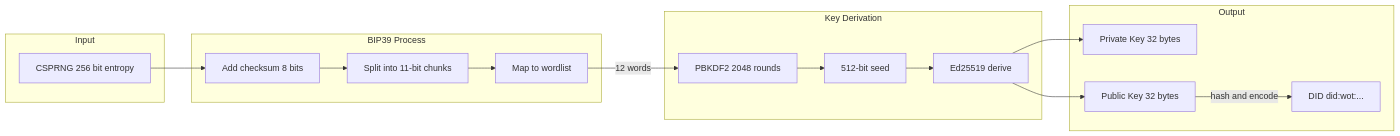
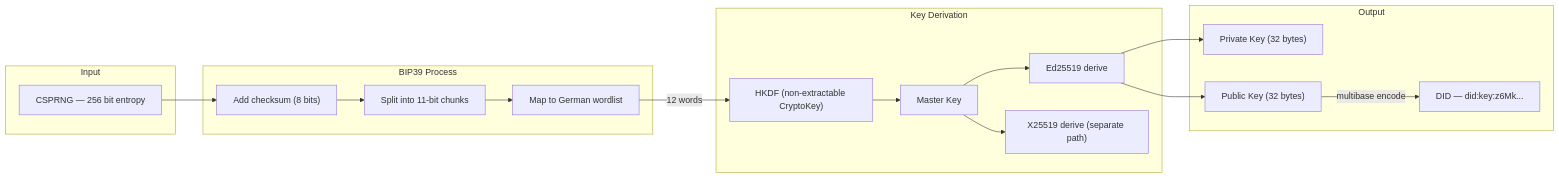
The third of 7 diagrams in docs/flows/01-onboarding-technical.md (IT4Change/web-of-trust), drawn with Mermaid before and after one commit. The commit also changed other lines of this file and 6 other files, not shown here.

````diff
--- a/docs/flows/01-onboarding-technical.md
+++ b/docs/flows/01-onboarding-technical.md
@@ -151,31 +151,33 @@
 ```mermaid
 flowchart LR
     subgraph Input
-        CSPRNG["CSPRNG 256 bit entropy"]
+        CSPRNG["CSPRNG — 256 bit entropy"]
     end
-    
+
     subgraph BIP39["BIP39 Process"]
-        Checksum["Add checksum 8 bits"]
+        Checksum["Add checksum (8 bits)"]
         Split["Split into 11-bit chunks"]
-        Words["Map to wordlist"]
+        Words["Map to German wordlist"]
     end
-    
+
     subgraph KeyDerivation["Key Derivation"]
-        PBKDF2["PBKDF2 2048 rounds"]
-        Seed["512-bit seed"]
+        HKDF["HKDF (non-extractable CryptoKey)"]
+        MasterKey["Master Key"]
         Ed25519["Ed25519 derive"]
+        X25519["X25519 derive (separate path)"]
     end
-    
+
     subgraph Output
-        PrivKey["Private Key 32 bytes"]
-        PubKey["Public Key 32 bytes"]
-        DID["DID did:wot:..."]
+        PrivKey["Private Key (32 bytes)"]
+        PubKey["Public Key (32 bytes)"]
+        DID["DID — did:key:z6Mk..."]
     end
-    
+
     CSPRNG --> Checksum --> Split --> Words
-    Words -->|12 words| PBKDF2
-    PBKDF2 --> Seed --> Ed25519
+    Words -->|12 words| HKDF
+    HKDF --> MasterKey --> Ed25519
+    MasterKey --> X25519
     Ed25519 --> PrivKey
     Ed25519 --> PubKey
-    PubKey -->|hash and encode| DID
+    PubKey -->|multibase encode| DID
 ```
````
